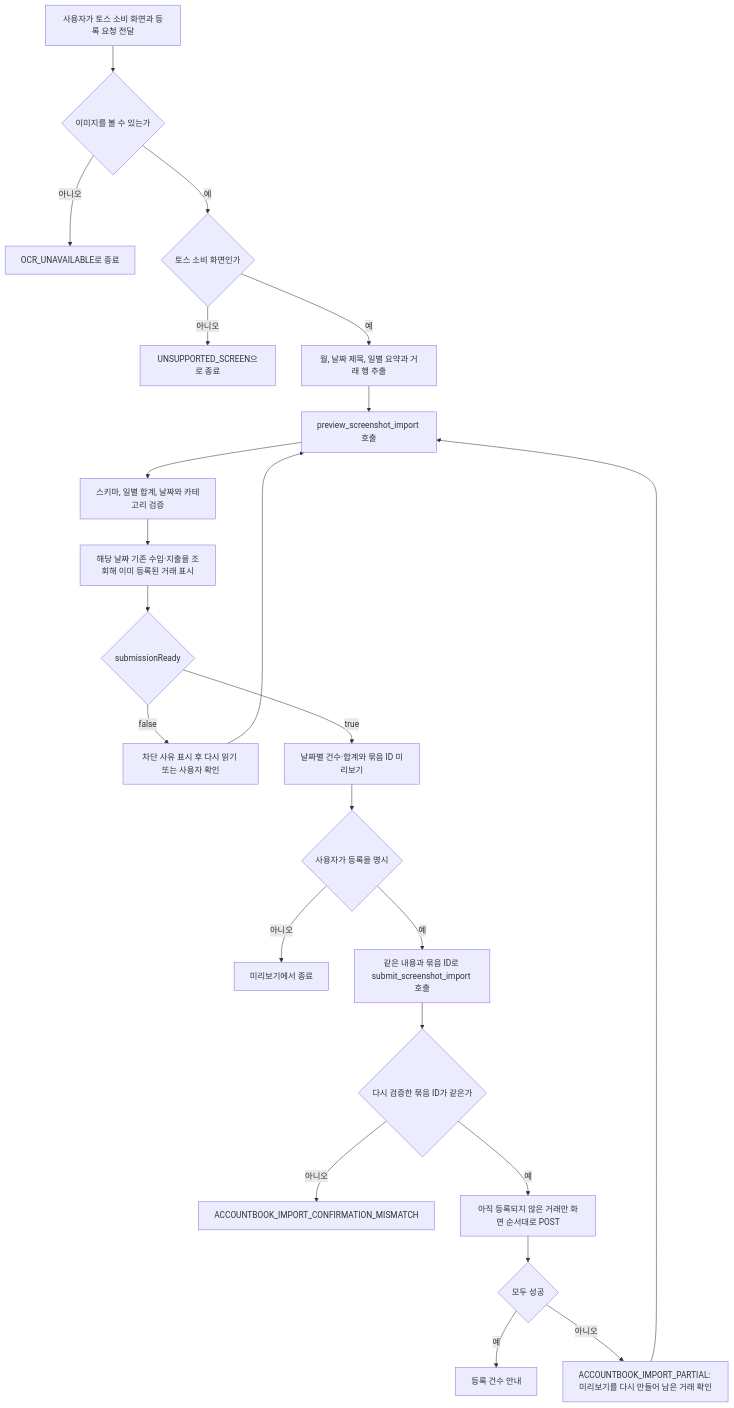
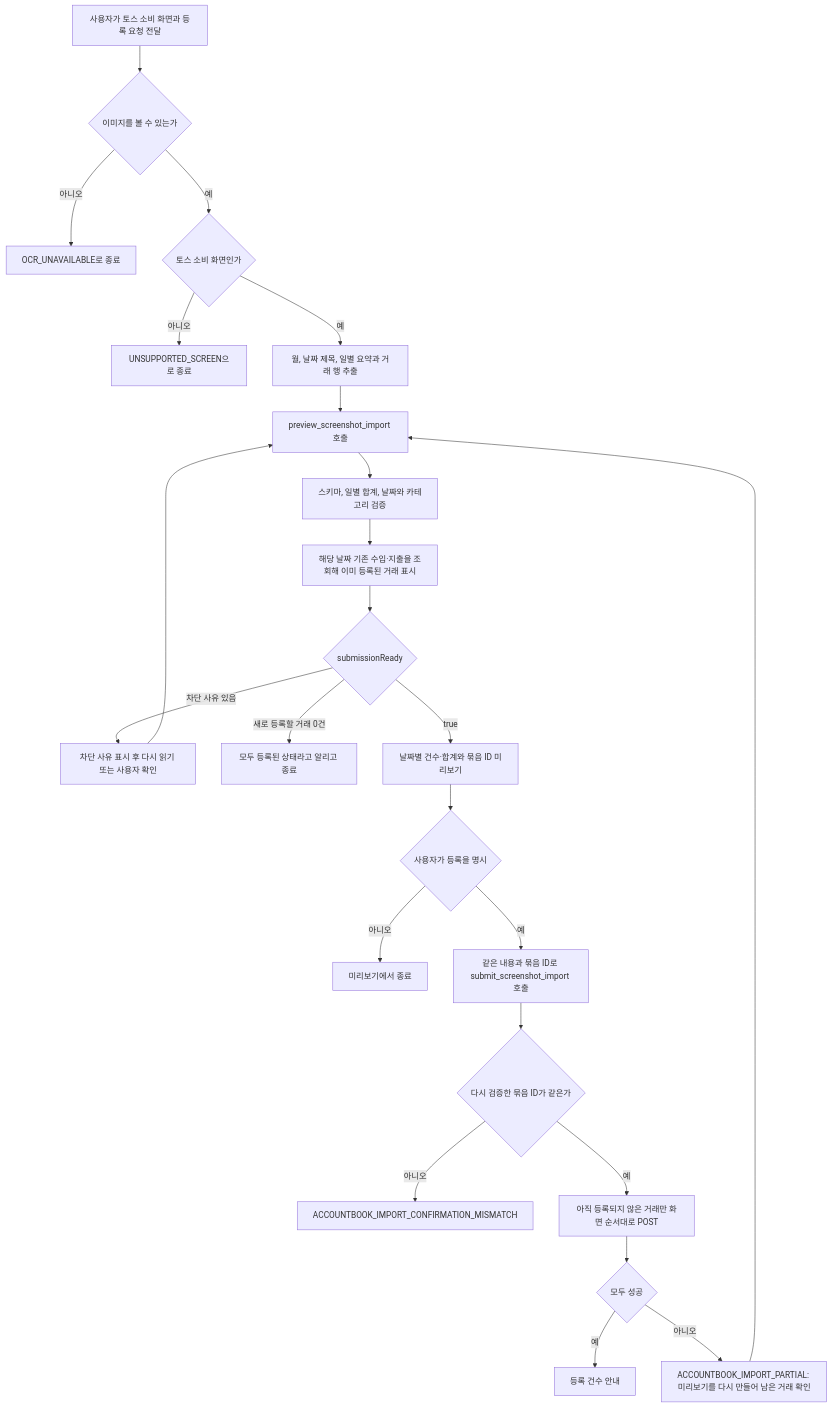
One commit to jon890/fos-agents changed the first of 2 diagrams in accountbook/docs/flow.md. Above: the diagram before and after it, drawn with Mermaid. The commit also changed other lines of this file and 6 other files, not shown here.

````diff
--- a/accountbook/docs/flow.md
+++ b/accountbook/docs/flow.md
@@ -5,25 +5,26 @@
 ```mermaid
 flowchart TD
   A[사용자가 토스 소비 화면과 등록 요청 전달] --> B{이미지를 볼 수 있는가}
   B -->|아니오| C[OCR_UNAVAILABLE로 종료]
   B -->|예| D{토스 소비 화면인가}
   D -->|아니오| E[UNSUPPORTED_SCREEN으로 종료]
   D -->|예| F[월, 날짜 제목, 일별 요약과 거래 행 추출]
   F --> G[preview_screenshot_import 호출]
   G --> H[스키마, 일별 합계, 날짜와 카테고리 검증]
   H --> I[해당 날짜 기존 수입·지출을 조회해 이미 등록된 거래 표시]
   I --> J{submissionReady}
-  J -->|false| K[차단 사유 표시 후 다시 읽기 또는 사용자 확인]
+  J -->|차단 사유 있음| K[차단 사유 표시 후 다시 읽기 또는 사용자 확인]
   K --> G
+  J -->|새로 등록할 거래 0건| V[모두 등록된 상태라고 알리고 종료]
   J -->|true| L[날짜별 건수·합계와 묶음 ID 미리보기]
   L --> M{사용자가 등록을 명시}
   M -->|아니오| N[미리보기에서 종료]
   M -->|예| O[같은 내용과 묶음 ID로 submit_screenshot_import 호출]
   O --> P{다시 검증한 묶음 ID가 같은가}
   P -->|아니오| Q[ACCOUNTBOOK_IMPORT_CONFIRMATION_MISMATCH]
   P -->|예| R[아직 등록되지 않은 거래만 화면 순서대로 POST]
   R --> S{모두 성공}
   S -->|예| T[등록 건수 안내]
   S -->|아니오| U[ACCOUNTBOOK_IMPORT_PARTIAL: 미리보기를 다시 만들어 남은 거래 확인]
   U --> G
 ```
````
